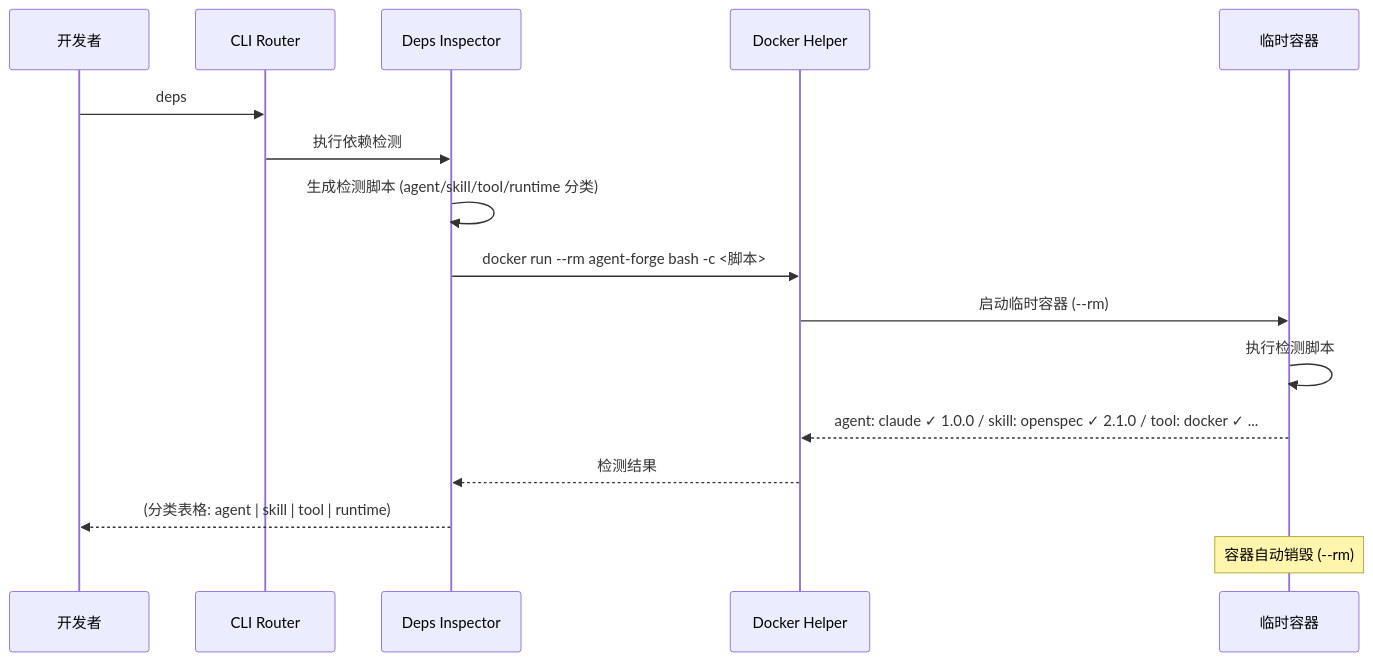
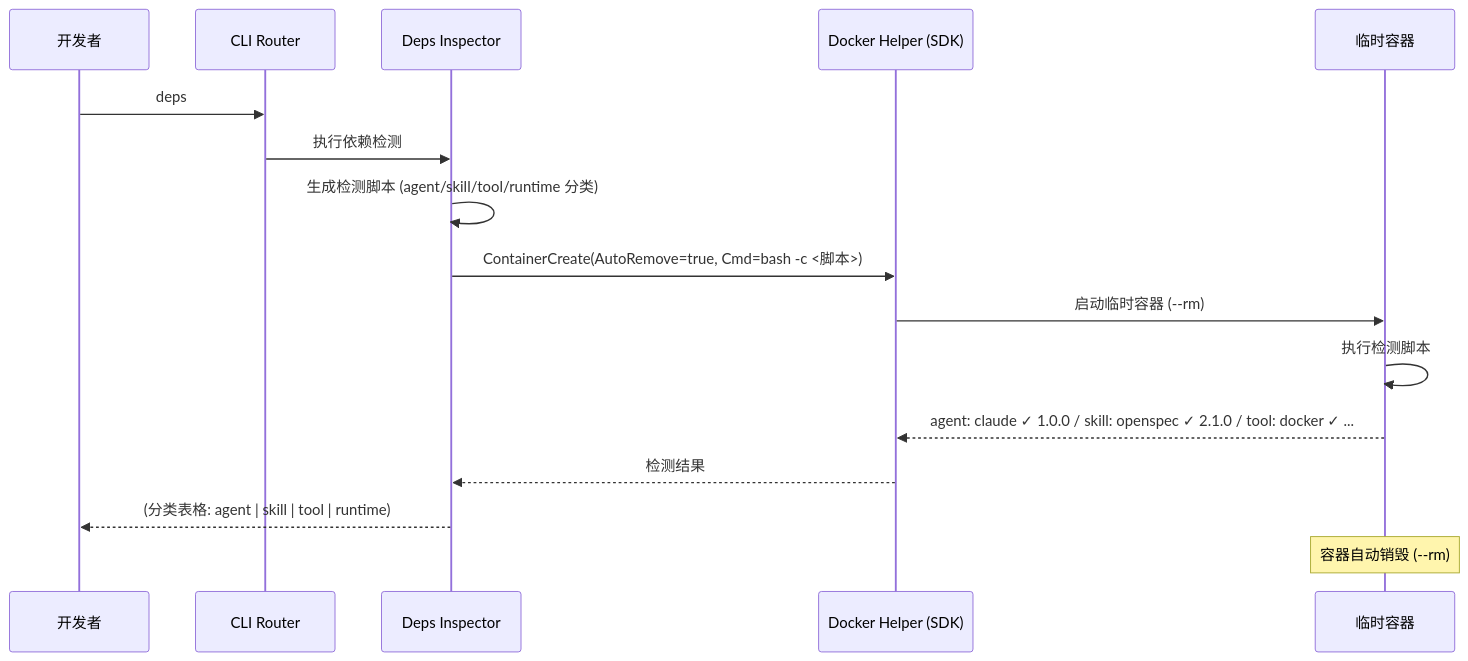
Before and after one commit to bianc2018/AgentForge: diagram 21 of 23 in docs/features/agent-forge/design.md, drawn with Mermaid. The commit also changed other lines of this file, not shown here.

First line of the commit message:
refactor: 设计文档 Docker CLI 全面迁移至 Docker SDK

````diff
--- a/docs/features/agent-forge/design.md
+++ b/docs/features/agent-forge/design.md
@@ -1167,19 +1162,19 @@
 ```mermaid
 sequenceDiagram
     participant Dev as 开发者
     participant CLI as CLI Router
     participant DI as Deps Inspector
-    participant DH as Docker Helper
+    participant DH as Docker Helper (SDK)
     participant Container as 临时容器
 
     Dev->>CLI: deps
     CLI->>DI: 执行依赖检测
     DI->>DI: 生成检测脚本 (agent/skill/tool/runtime 分类)
-    DI->>DH: docker run --rm agent-forge bash -c <脚本>
+    DI->>DH: ContainerCreate(AutoRemove=true, Cmd=bash -c <脚本>)
     DH->>Container: 启动临时容器 (--rm)
     Container->>Container: 执行检测脚本
     Container-->>DH: agent: claude ✓ 1.0.0 / skill: openspec ✓ 2.1.0 / tool: docker ✓ ...
     DH-->>DI: 检测结果
     DI-->>Dev: (分类表格: agent | skill | tool | runtime)
     Note over Container: 容器自动销毁 (--rm)
 ```
````
